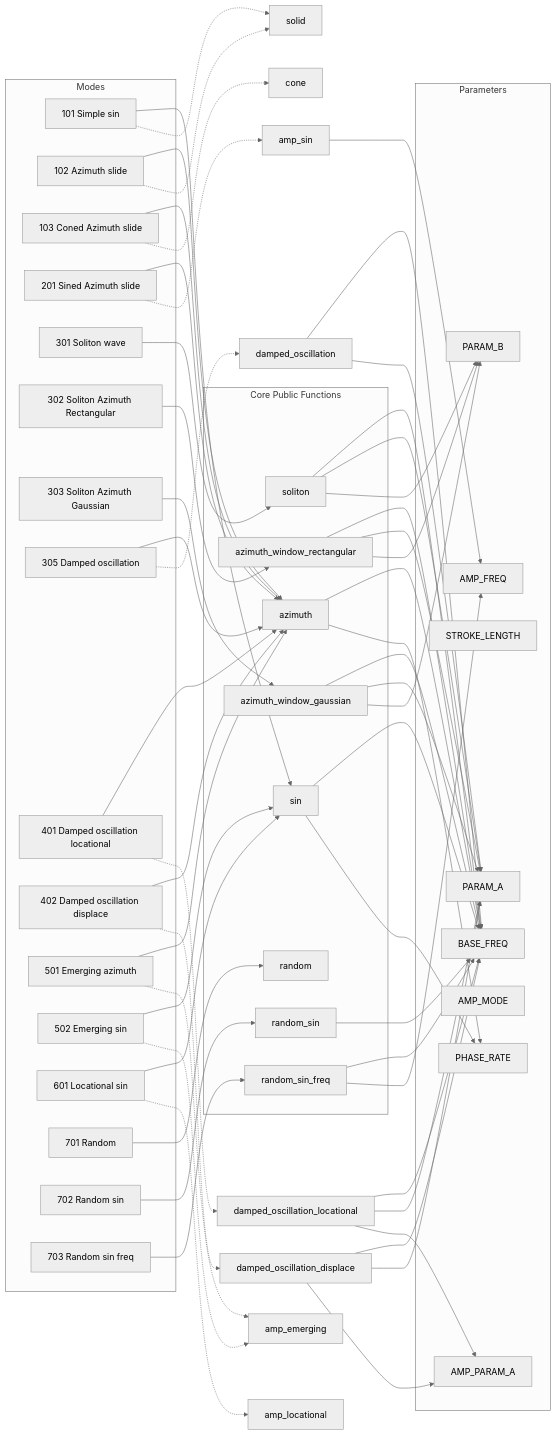
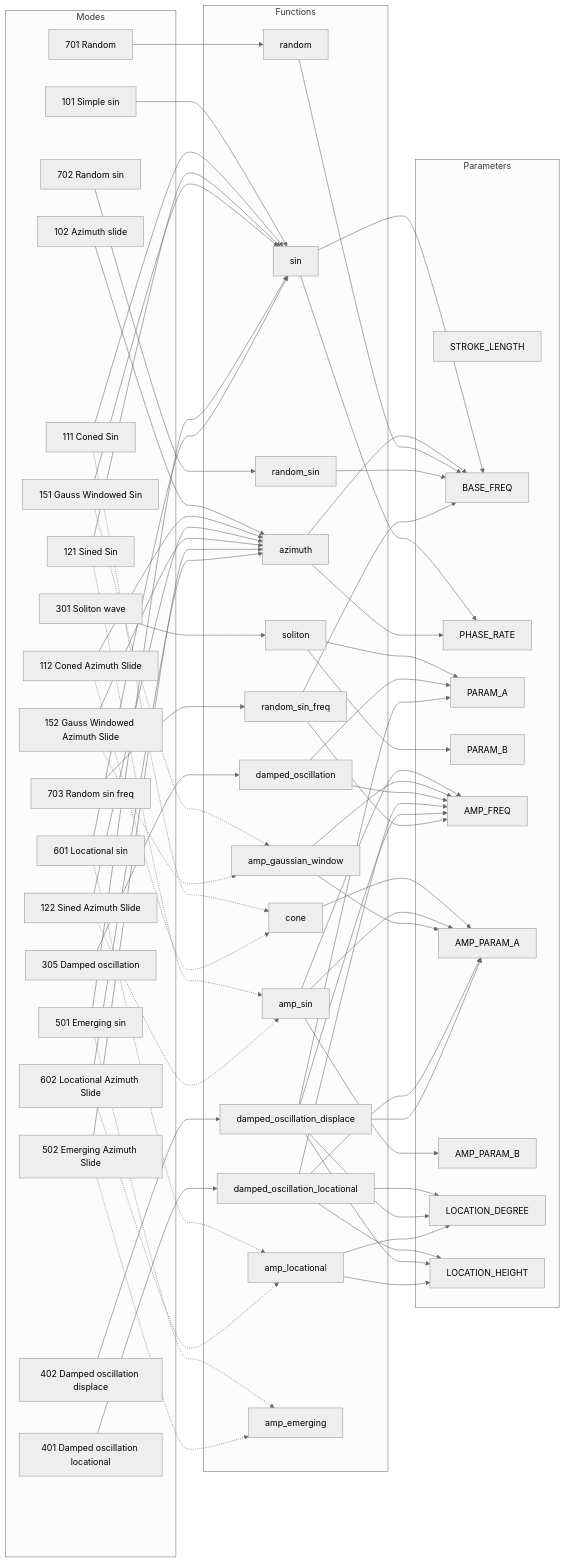
Before and after one commit to fumiya-nakano-DE/SDH_kfy25: the diagram in modes.md, drawn with Mermaid (neutral theme). The commit also changed other lines of this file, not shown here.

Commit message:
modes.md update

````diff
--- a/modes.md
+++ b/modes.md
@@ -212,68 +226,82 @@
     subgraph Modes
         mode101["101 Simple sin"]
         mode102["102 Azimuth slide"]
-        mode103["103 Coned Azimuth slide"]
-        mode201["201 Sined Azimuth slide"]
+        mode111["111 Coned Sin"]
+        mode112["112 Coned Azimuth Slide"]
+        mode121["121 Sined Sin"]
+        mode122["122 Sined Azimuth Slide"]
+        mode151["151 Gauss Windowed Sin"]
+        mode152["152 Gauss Windowed Azimuth Slide"]
         mode301["301 Soliton wave"]
-        mode302["302 Soliton Azimuth Rectangular"]
-        mode303["303 Soliton Azimuth Gaussian"]
         mode305["305 Damped oscillation"]
         mode401["401 Damped oscillation locational"]
         mode402["402 Damped oscillation displace"]
-        mode501["501 Emerging azimuth"]
-        mode502["502 Emerging sin"]
+        mode501["501 Emerging sin"]
+        mode502["502 Emerging Azimuth Slide"]
         mode601["601 Locational sin"]
+        mode602["602 Locational Azimuth Slide"]
         mode701["701 Random"]
         mode702["702 Random sin"]
         mode703["703 Random sin freq"]
     end
 
-    subgraph Core Public Functions
+    subgraph Functions
         sin["sin"]
         azimuth["azimuth"]
-        azimuth_window_gaussian["azimuth_window_gaussian"]
-        azimuth_window_rectangular["azimuth_window_rectangular"]
+        cone["cone"]
+        amp_sin["amp_sin"]
+        amp_gaussian_window["amp_gaussian_window"]
         soliton["soliton"]
+        damped_oscillation["damped_oscillation"]
+        damped_oscillation_locational["damped_oscillation_locational"]
+        damped_oscillation_displace["damped_oscillation_displace"]
         random["random"]
         random_sin["random_sin"]
         random_sin_freq["random_sin_freq"]
+        amp_locational
+        amp_emerging
     end
 
     subgraph Parameters
+        stroke_length_param["STROKE_LENGTH"]
         base_freq_param["BASE_FREQ"]
         phase_rate_param["PHASE_RATE"]
-        stroke_length_param["STROKE_LENGTH"]
         param_a["PARAM_A"]
         param_b["PARAM_B"]
-        amp_mode_param["AMP_MODE"]
         amp_freq_param["AMP_FREQ"]
         amp_param_a["AMP_PARAM_A"]
+        amp_param_b["AMP_PARAM_B"]
+        location_degree_param["LOCATION_DEGREE"]
+        location_height_param["LOCATION_HEIGHT"]
     end
 
     %% Mode to Function Relationships
     mode101 --> sin
-    mode101 -.-> solid
     mode102 --> azimuth
-    mode102 -.-> solid
-    mode103 --> azimuth
-    mode103 -.-> cone
-    mode201 --> azimuth
-    mode201 -.-> amp_sin
+    mode111 --> sin
+    mode111 -.-> cone
+    mode112 --> azimuth
+    mode112 -.-> cone
+    mode121 --> sin
+    mode121 -.-> amp_sin
+    mode122 --> azimuth
+    mode122 -.-> amp_sin
+    mode151 --> sin
+    mode151 -.-> amp_gaussian_window
+    mode152 --> azimuth
+    mode152 -.-> amp_gaussian_window
     mode301 --> soliton
-    mode302 --> azimuth_window_rectangular
-    mode303 --> azimuth_window_gaussian
-    mode305 --> azimuth
-    mode305 -.-> damped_oscillation
-    mode401 --> azimuth
-    mode401 -.-> damped_oscillation_locational
-    mode402 --> azimuth
-    mode402 -.-> damped_oscillation_displace
-    mode501 --> azimuth
+    mode305 --> damped_oscillation
+    mode401 --> damped_oscillation_locational
+    mode402 --> damped_oscillation_displace
+    mode501 --> sin
     mode501 -.-> amp_emerging
-    mode502 --> sin
+    mode502 --> azimuth
     mode502 -.-> amp_emerging
     mode601 --> sin
     mode601 -.-> amp_locational
+    mode602 --> azimuth
+    mode602 -.-> amp_locational
     mode701 --> random
     mode702 --> random_sin
     mode703 --> random_sin_freq
@@ -283,25 +311,29 @@
     sin --> phase_rate_param
     azimuth --> base_freq_param
     azimuth --> phase_rate_param
-    azimuth_window_gaussian --> base_freq_param
-    azimuth_window_gaussian --> param_a
-    azimuth_window_gaussian --> param_b
-    azimuth_window_rectangular --> base_freq_param
-    azimuth_window_rectangular --> param_a
-    azimuth_window_rectangular --> param_b
-    soliton --> base_freq_param
+    cone --> amp_param_a
+    amp_sin --> amp_freq_param
+    amp_sin --> amp_param_a
+    amp_sin --> amp_param_b
+    amp_gaussian_window --> amp_freq_param
+    amp_gaussian_window --> amp_param_a
     soliton --> param_a
     soliton --> param_b
-    amp_sin --> amp_freq_param
+    damped_oscillation --> amp_freq_param
+    damped_oscillation --> param_a
+    damped_oscillation_locational --> amp_freq_param
+    damped_oscillation_locational --> amp_param_a
+    damped_oscillation_locational --> location_degree_param
+    damped_oscillation_locational --> location_height_param
+    damped_oscillation_displace --> amp_freq_param
+    damped_oscillation_displace --> param_a
+    damped_oscillation_displace --> amp_param_a
+    damped_oscillation_displace --> location_degree_param
+    damped_oscillation_displace --> location_height_param
+    random --> base_freq_param
     random_sin --> base_freq_param
     random_sin_freq --> base_freq_param
     random_sin_freq --> amp_freq_param
-    damped_oscillation --> base_freq_param
-    damped_oscillation --> param_a
-    damped_oscillation_locational --> base_freq_param
-    damped_oscillation_locational --> param_a
-    damped_oscillation_locational --> amp_param_a
-    damped_oscillation_displace --> base_freq_param
-    damped_oscillation_displace --> param_a
-    damped_oscillation_displace --> amp_param_a
+    amp_locational --> location_degree_param
+    amp_locational --> location_height_param
 ```
````
